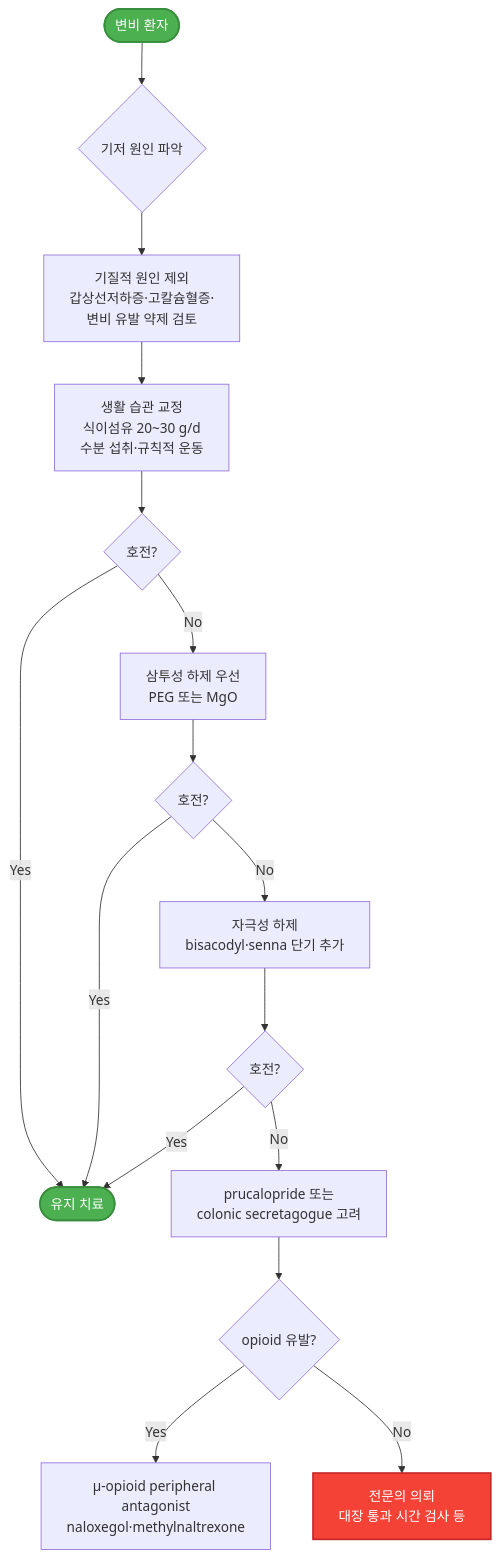
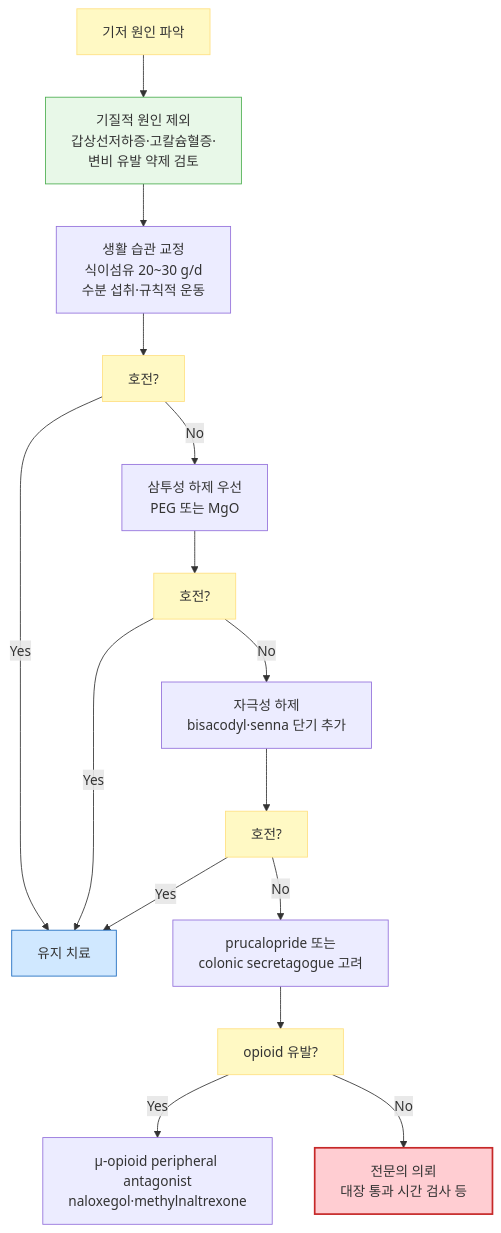
Before and after one commit to familyoh77/familyoh77: the diagram in 224_/073_.md, drawn with Mermaid. The commit also changed other lines of this file, not shown here.

````diff
--- a/224_/073_.md
+++ b/224_/073_.md
@@ -266,21 +231,23 @@
 ```mermaid
 graph TD
-    A([변비 환자]) --> B{기저 원인 파악}
+    B[기저 원인 파악]
     B --> C[기질적 원인 제외\n갑상선저하증·고칼슘혈증·\n변비 유발 약제 검토]
     C --> D[생활 습관 교정\n식이섬유 20~30 g/d\n수분 섭취·규칙적 운동]
-    D --> E{호전?}
+    D --> E[호전?]
     E -->|No| F[삼투성 하제 우선\nPEG 또는 MgO]
-    E -->|Yes| Z([유지 치료])
-    F --> G{호전?}
+    E -->|Yes| Z[유지 치료]
+    F --> G[호전?]
     G -->|No| H[자극성 하제\nbisacodyl·senna 단기 추가]
     G -->|Yes| Z
-    H --> I{호전?}
+    H --> I[호전?]
     I -->|No| J[prucalopride 또는\ncolonic secretagogue 고려]
     I -->|Yes| Z
-    J --> K{opioid 유발?}
+    J --> K[opioid 유발?]
     K -->|Yes| L[μ-opioid peripheral antagonist\nnaloxegol·methylnaltrexone]
     K -->|No| M[전문의 의뢰\n대장 통과 시간 검사 등]
-    style A fill:#4caf50,stroke:#388e3c,color:#fff,stroke-width:2px
-    style Z fill:#4caf50,stroke:#388e3c,color:#fff,stroke-width:2px
-    style M fill:#f44336,stroke:#c62828,color:#fff,stroke-width:2px
+classDef yellow fill:#fff9c4,stroke:#ffe082
+class B,E,G,I,K yellow
+    style C fill:#e8f8e8,stroke:#4caf50
+    style Z fill:#d0e8ff,stroke:#1a6abf
+    style M fill:#ffcdd2,stroke:#c62828,stroke-width:2px
 ```
````
